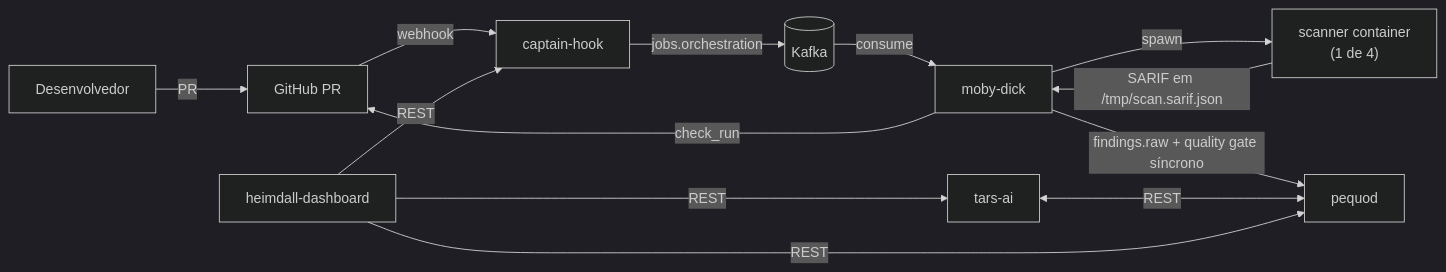
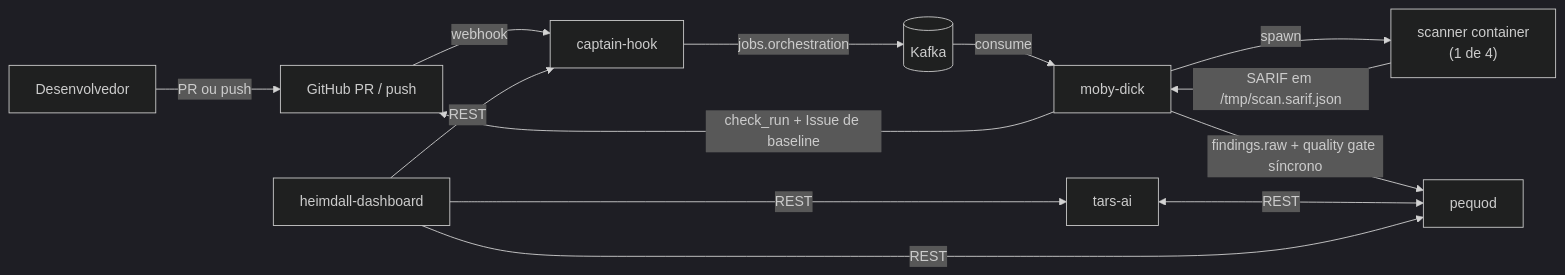
The diagram in docs/index.md (OdinEye-FIAP/aspm-docs), drawn with Mermaid (dark theme) before and after one commit. The commit also changed other lines of this file and 2 other files, not shown here.

Commit message:
docs: corrigir index.md, what-is-aspm.md e repos.md - Security Baseline confirmado em main (reversao da correcao anterior)

````diff
--- a/docs/index.md
+++ b/docs/index.md
@@ -17,25 +17,25 @@
 ```mermaid
 flowchart LR
     Dev[Desenvolvedor]
-    GH[GitHub PR]
+    GH[GitHub PR / push]
     CH[captain-hook]
     K[(Kafka)]
     MD[moby-dick]
     SR["scanner container<br/>(1 de 4)"]
     PQ[pequod]
     TA[tars-ai]
     HD[heimdall-dashboard]
 
-    Dev -->|PR| GH
+    Dev -->|PR ou push| GH
     GH -->|webhook| CH
     CH -->|jobs.orchestration| K
     K -->|consume| MD
     MD -->|spawn| SR
     SR -->|SARIF em /tmp/scan.sarif.json| MD
     MD -->|findings.raw + quality gate síncrono| PQ
-    MD -->|check_run| GH
+    MD -->|check_run + Issue de baseline| GH
     TA <-->|REST| PQ
     HD -->|REST| PQ
     HD -->|REST| TA
     HD -->|REST| CH
 ```
````
